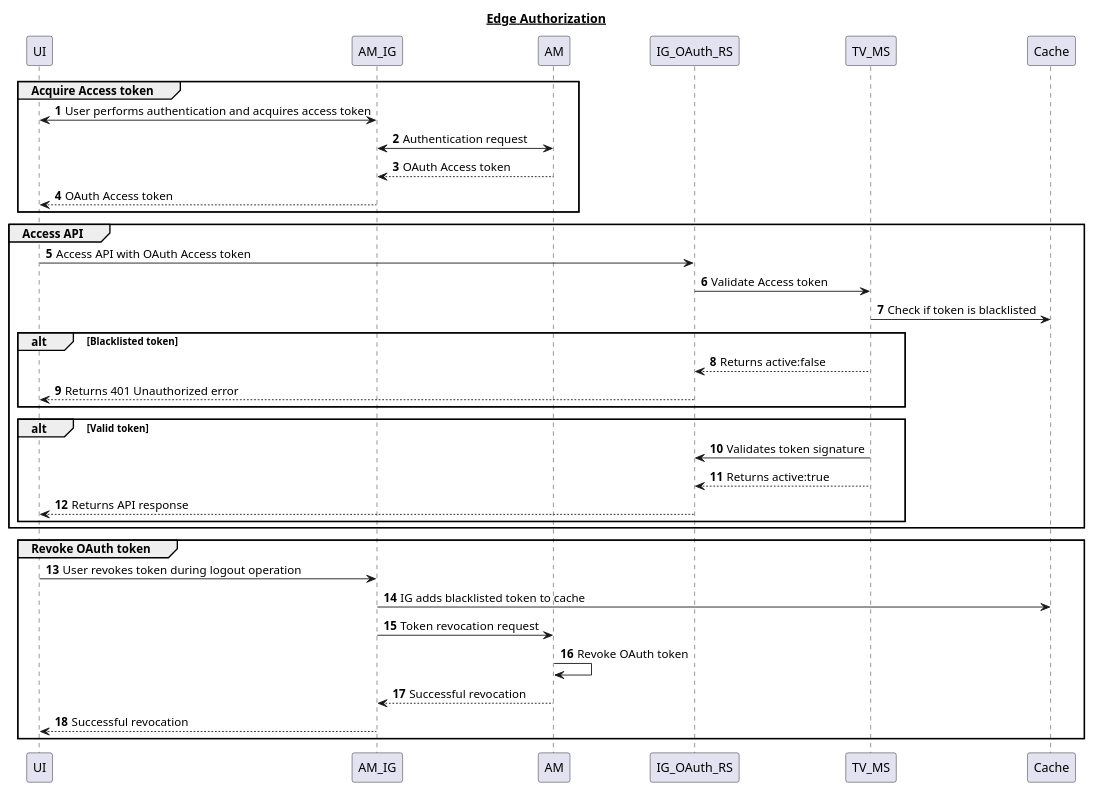
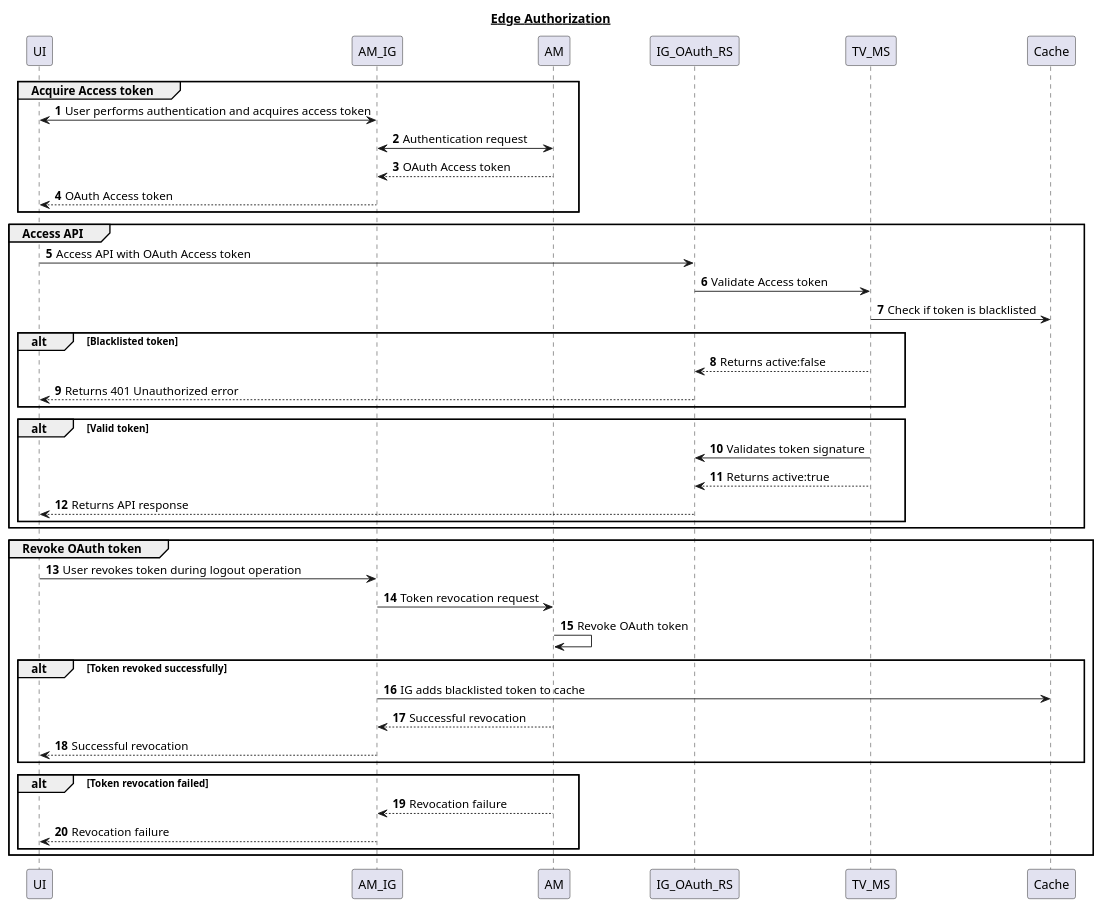
The diagram in diagrams/EdgeAuthzSequence.puml (CharanMann/EdgeAuthz-TokenValidation), drawn with PlantUML before and after one commit. The commit also changed 2 other files, not shown here.

Commit message:
Updating cache after token is successfully revoked

```diff
--- a/diagrams/EdgeAuthzSequence.puml
+++ b/diagrams/EdgeAuthzSequence.puml
@@ -1,36 +1,42 @@
 @startuml
 title __Edge Authorization__
 autonumber
 
 group Acquire Access token
 UI<->AM_IG: User performs authentication and acquires access token
 AM_IG<->AM: Authentication request
 AM-->AM_IG: OAuth Access token
 AM_IG-->UI: OAuth Access token
 end
 
 group Access API
 UI->IG_OAuth_RS: Access API with OAuth Access token
 IG_OAuth_RS->TV_MS: Validate Access token
 TV_MS->Cache: Check if token is blacklisted
 alt Blacklisted token
 TV_MS-->IG_OAuth_RS: Returns active:false
 IG_OAuth_RS-->UI: Returns 401 Unauthorized error
 end
 alt Valid token
 TV_MS->IG_OAuth_RS: Validates token signature
 TV_MS-->IG_OAuth_RS: Returns active:true
 IG_OAuth_RS-->UI: Returns API response
 end
 end
 
 group Revoke OAuth token
 UI->AM_IG: User revokes token during logout operation
-AM_IG->Cache: IG adds blacklisted token to cache
 AM_IG->AM: Token revocation request
 AM->AM: Revoke OAuth token
+alt Token revoked successfully
+AM_IG->Cache: IG adds blacklisted token to cache
 AM-->AM_IG: Successful revocation
 AM_IG-->UI: Successful revocation
 end
+alt Token revocation failed
+AM-->AM_IG: Revocation failure
+AM_IG-->UI: Revocation failure
+end
+end
 
 @enduml
```
